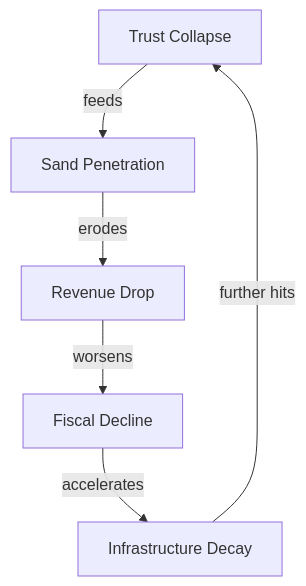
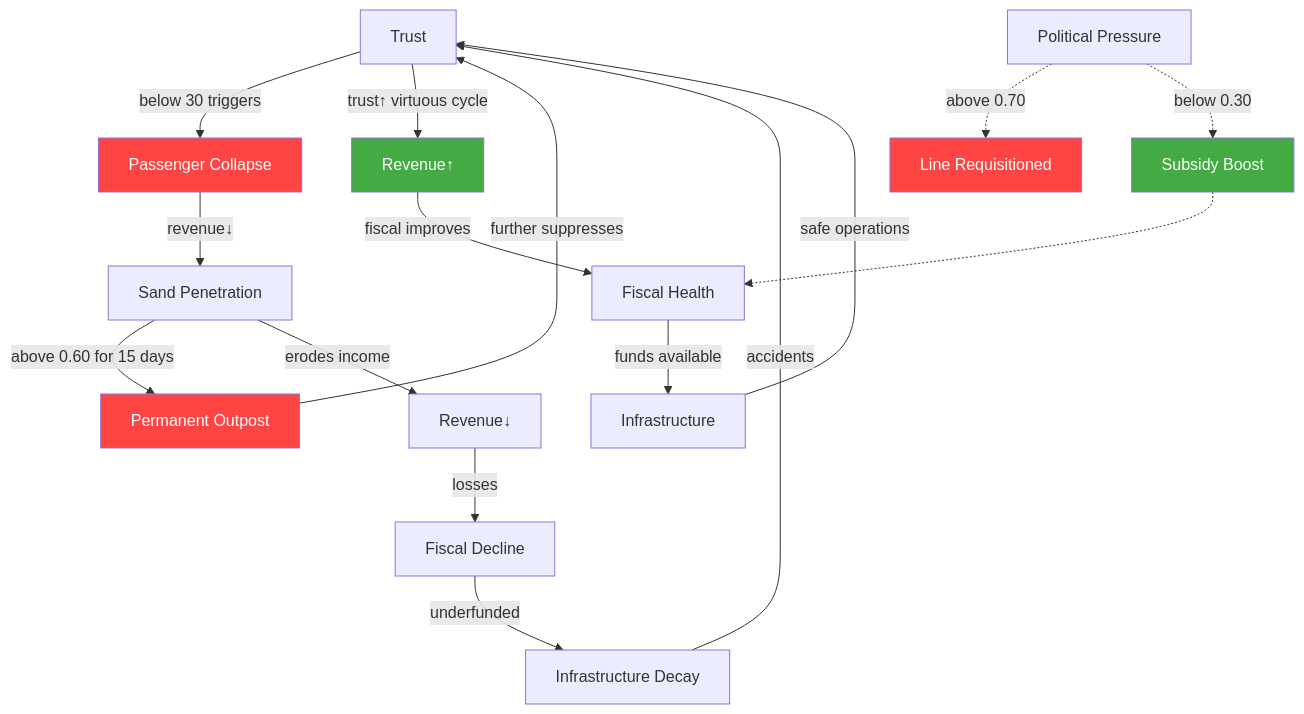
One commit to NMDX0721/RailwayRenaissance changed the second of 4 diagrams in README.md. Above: the diagram before and after it, drawn with Mermaid. The commit also changed other lines of this file and 1 other file, not shown here.

Commit message:
docs: upgrade all Mermaid diagrams to complex versions - parallel generation, conditional branches, crisis paths, color-coded states

````diff
--- a/README.md
+++ b/README.md
@@ -136,8 +165,27 @@
 ```mermaid
 graph TD
-    Trust[Trust Collapse] -->|feeds| Sand[Sand Penetration]
-    Sand -->|erodes| Revenue[Revenue Drop]
-    Revenue -->|worsens| Fiscal[Fiscal Decline]
-    Fiscal -->|accelerates| Infra[Infrastructure Decay]
-    Infra -->|further hits| Trust
+    Trust[Trust] -->|below 30 triggers| Crash[Passenger Collapse]
+    Crash -->|revenue↓| Sand[Sand Penetration]
+    Sand -->|above 0.60 for 15 days| Outpost[Permanent Outpost]
+    Outpost -->|further suppresses| Trust
+    
+    Trust -->|trust↑ virtuous cycle| Revenue[Revenue↑]
+    Revenue -->|fiscal improves| Fiscal[Fiscal Health]
+    Fiscal -->|funds available| Infra[Infrastructure]
+    Infra -->|safe operations| Trust
+    
+    Sand -->|erodes income| RevenueLoss[Revenue↓]
+    RevenueLoss -->|losses| FiscalDown[Fiscal Decline]
+    FiscalDown -->|underfunded| InfraDecay[Infrastructure Decay]
+    InfraDecay -->|accidents| Trust
+    
+    Political[Political Pressure] -.->|above 0.70| Seizure[Line Requisitioned]
+    Political -.->|below 0.30| Subsidy[Subsidy Boost]
+    Subsidy -.-> Fiscal
+    
+    style Crash fill:#ff4444,color:#fff
+    style Outpost fill:#ff4444,color:#fff
+    style Seizure fill:#ff4444,color:#fff
+    style Revenue fill:#44aa44,color:#fff
+    style Subsidy fill:#44aa44,color:#fff
 ```
````
